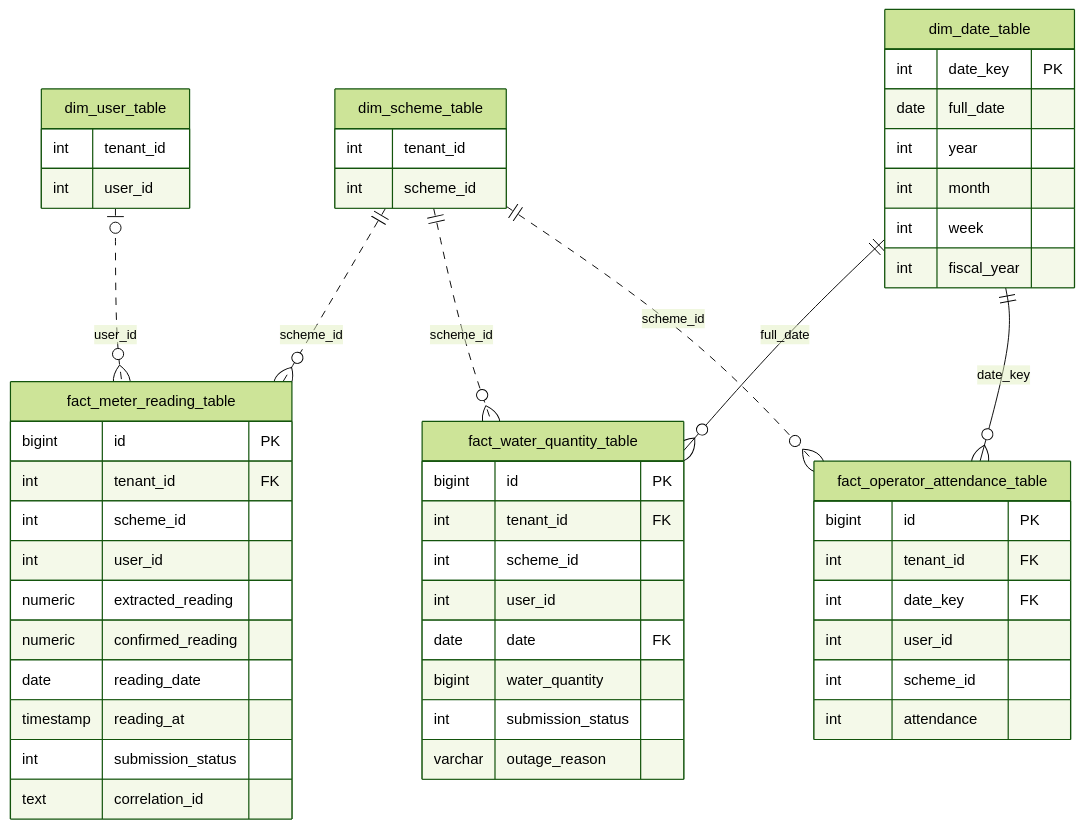
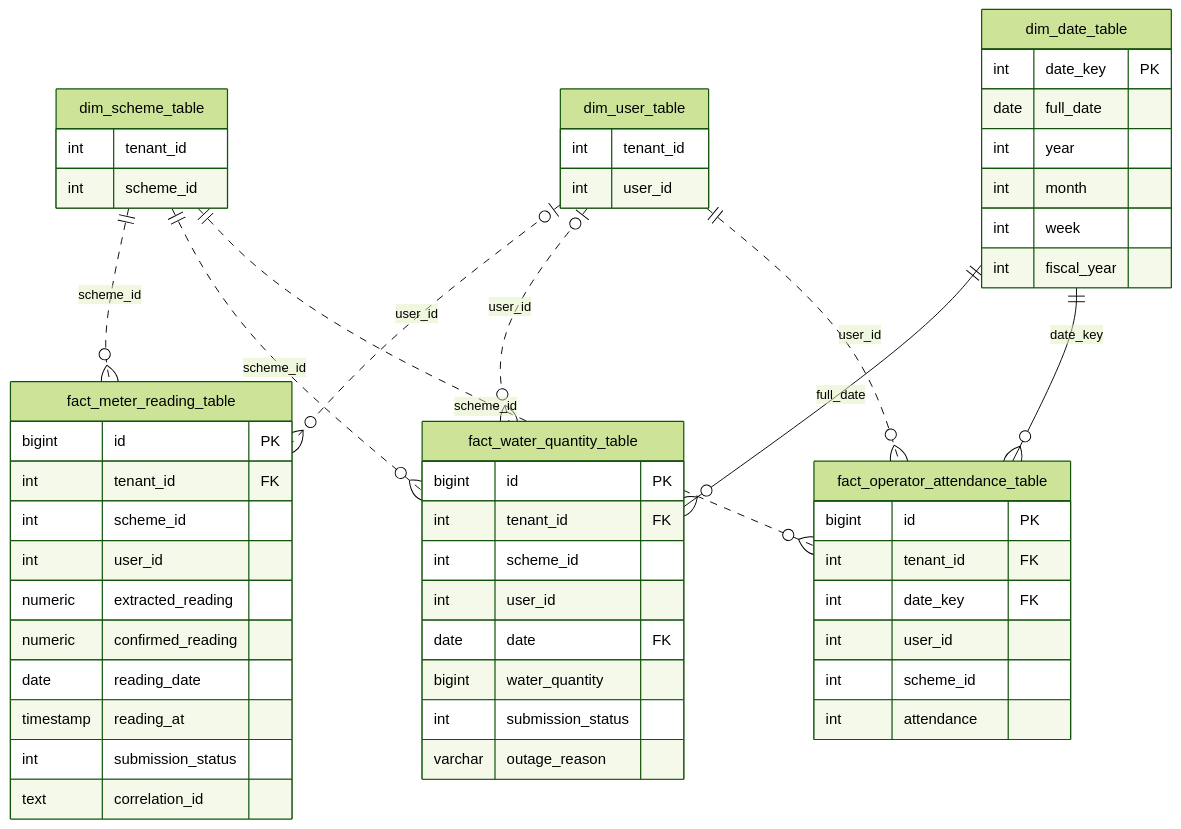
Before and after one commit to arghyam/JalSoochak: the sixth of 8 diagrams in gitbook/database-er-diagram.md, drawn with Mermaid (forest theme). The commit also changed other lines of this file and 1 other file, not shown here.

First line of the commit message:
Address review on the ER diagram docs

````diff
--- a/gitbook/database-er-diagram.md
+++ b/gitbook/database-er-diagram.md
@@ -380,56 +380,58 @@
 ```mermaid
 erDiagram
     dim_scheme_table {
         int tenant_id
         int scheme_id
     }
     dim_user_table {
         int tenant_id
         int user_id
     }
     dim_date_table {
         int date_key PK
         date full_date
         int year
         int month
         int week
         int fiscal_year
     }
     fact_meter_reading_table {
         bigint id PK
         int tenant_id FK
         int scheme_id
         int user_id
         numeric extracted_reading
         numeric confirmed_reading
         date reading_date
         timestamp reading_at
         int submission_status
         text correlation_id
     }
     fact_water_quantity_table {
         bigint id PK
         int tenant_id FK
         int scheme_id
         int user_id
         date date FK
         bigint water_quantity
         int submission_status
         varchar outage_reason
     }
     fact_operator_attendance_table {
         bigint id PK
         int tenant_id FK
         int date_key FK
         int user_id
         int scheme_id
         int attendance
     }
 
     dim_scheme_table ||..o{ fact_meter_reading_table : "scheme_id"
     dim_user_table |o..o{ fact_meter_reading_table : "user_id"
     dim_scheme_table ||..o{ fact_water_quantity_table : "scheme_id"
     dim_date_table ||--o{ fact_water_quantity_table : "full_date"
+    dim_user_table |o..o{ fact_water_quantity_table : "user_id"
     dim_scheme_table ||..o{ fact_operator_attendance_table : "scheme_id"
+    dim_user_table ||..o{ fact_operator_attendance_table : "user_id"
     dim_date_table ||--o{ fact_operator_attendance_table : "date_key"
 ```
````
